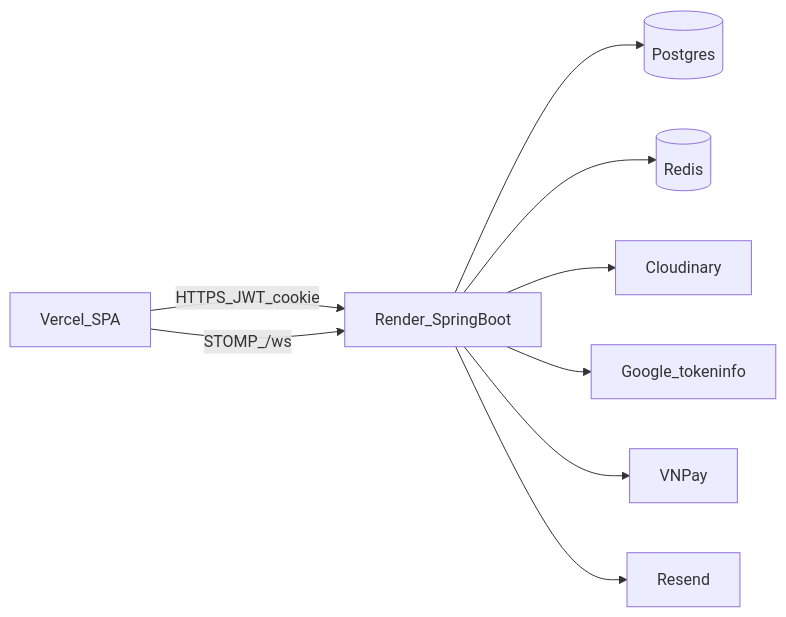
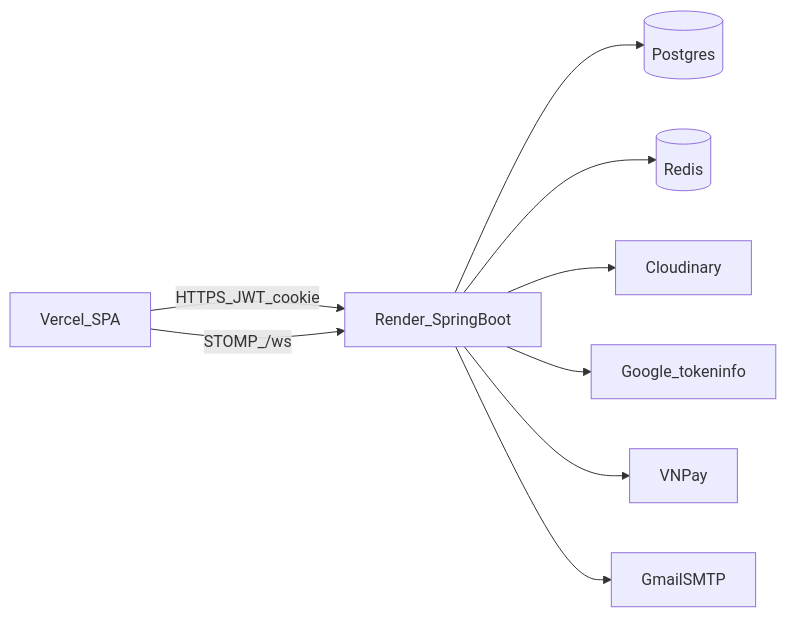
Before and after one commit to HoangDVH/javabackend: the diagram in README.md, drawn with Mermaid. The commit also changed other lines of this file and 10 other files, not shown here.

First line of the commit message:
feat: replace Resend with Gmail SMTP for password-reset emails

````diff
--- a/README.md
+++ b/README.md
@@ -66,11 +66,11 @@
 ```mermaid
 flowchart LR
   FE[Vercel_SPA] -->|HTTPS_JWT_cookie| API[Render_SpringBoot]
   FE -->|STOMP_/ws| API
   API --> PG[(Postgres)]
   API --> Redis[(Redis)]
   API --> Cloudinary
   API --> Google[Google_tokeninfo]
   API --> VNPay
-  API --> Resend
+  API --> GmailSMTP
 ```
````
